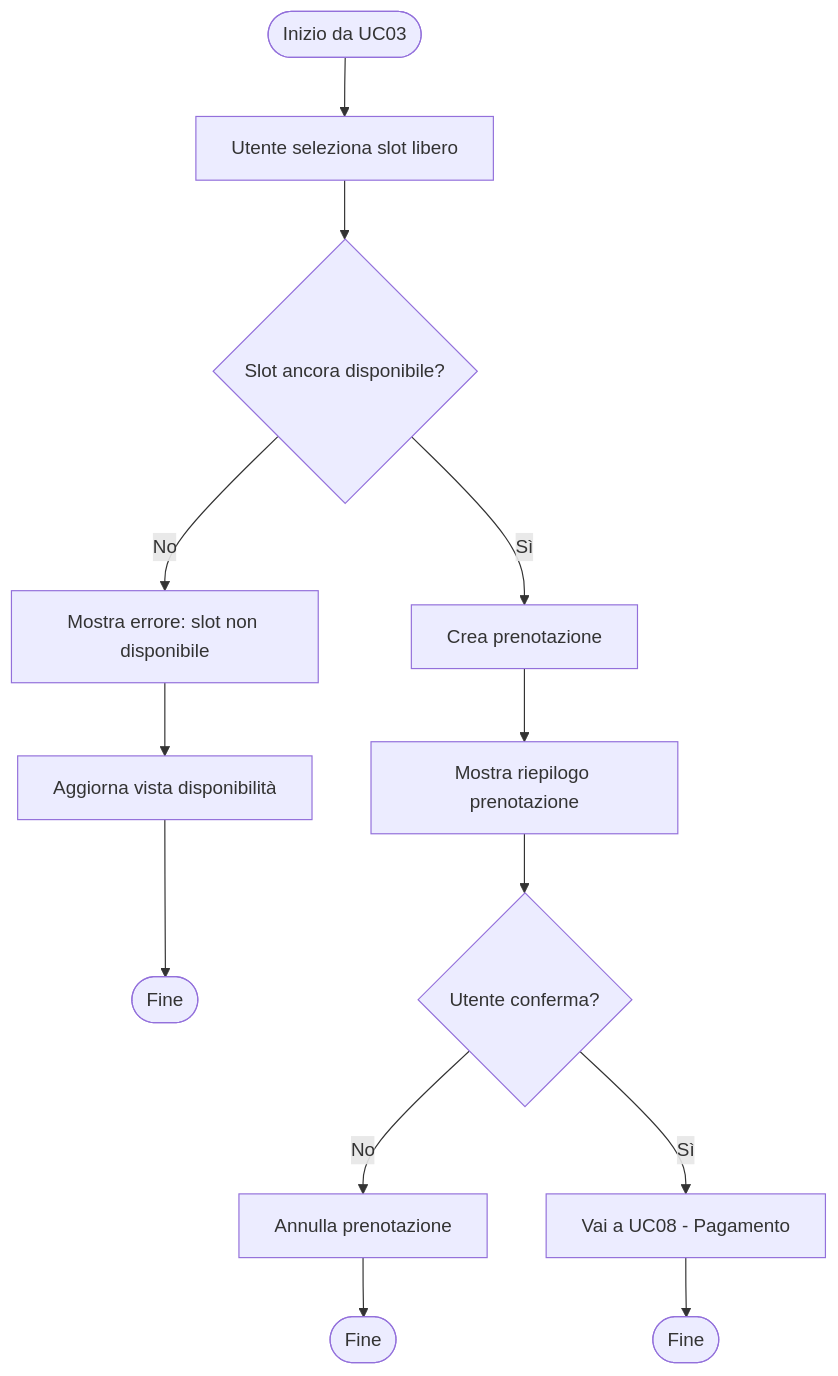
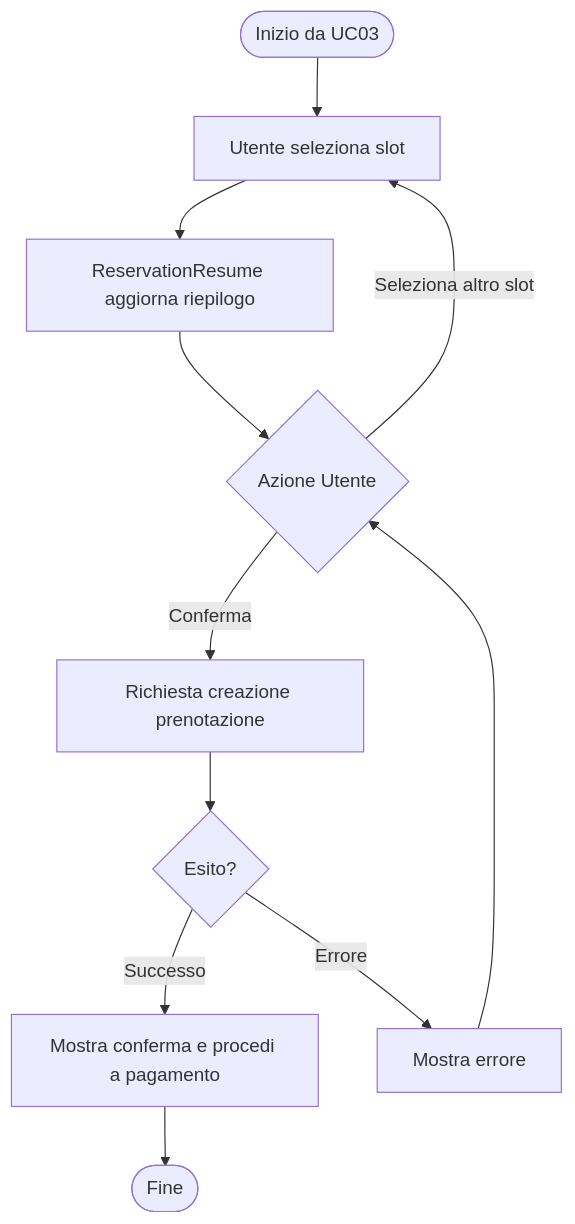
One commit to mb4dev/progetto-prova changed the first of 3 diagrams in docuai/UC04.md. Above: the diagram before and after it, drawn with Mermaid. The commit also changed other lines of this file and 7 other files, not shown here.

````diff
--- a/docuai/UC04.md
+++ b/docuai/UC04.md
@@ -9,19 +23,16 @@
 ```mermaid 
 flowchart TD
-    Start([Inizio da UC03]) --> SelectSlot[Utente seleziona slot libero]
-    SelectSlot --> CheckAvail{Slot ancora disponibile?}
+    Start([Inizio da UC03]) --> SelectSlot[Utente seleziona slot]
+    SelectSlot --> UpdateResume[ReservationResume aggiorna riepilogo]
+    UpdateResume --> UserAction{Azione Utente}
 
-    CheckAvail -->|No| SlotError[Mostra errore: slot non disponibile]
-    SlotError --> RefreshView[Aggiorna vista disponibilità]
-    RefreshView --> End1([Fine])
+    UserAction -->|Seleziona altro slot| SelectSlot
+    UserAction -->|Conferma| CreateBooking[Richiesta creazione prenotazione]
+    
+    CreateBooking --> Response{Esito?}
+    Response -->|Successo| ShowSuccess[Mostra conferma e procedi a pagamento]
+    ShowSuccess --> End([Fine])
 
-    CheckAvail -->|Sì| CreateBooking[Crea prenotazione]
-    CreateBooking --> ShowConfirm[Mostra riepilogo prenotazione]
-    ShowConfirm --> UserConfirm{Utente conferma?}
-
-    UserConfirm -->|No| CancelBooking[Annulla prenotazione]
-    CancelBooking --> End2([Fine])
-
-    UserConfirm -->|Sì| GoToPayment[Vai a UC08 - Pagamento]
-    GoToPayment --> End3([Fine])
+    Response -->|Errore| ShowError[Mostra errore]
+    ShowError --> UserAction
 ```
````
